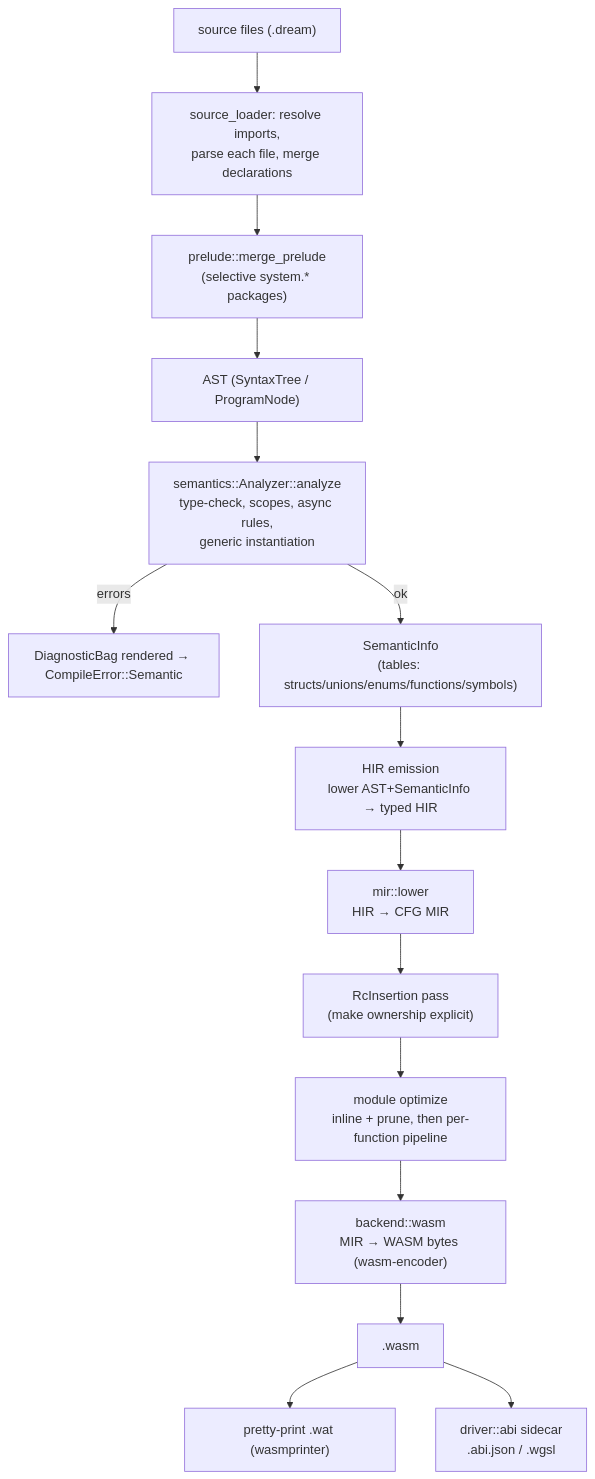
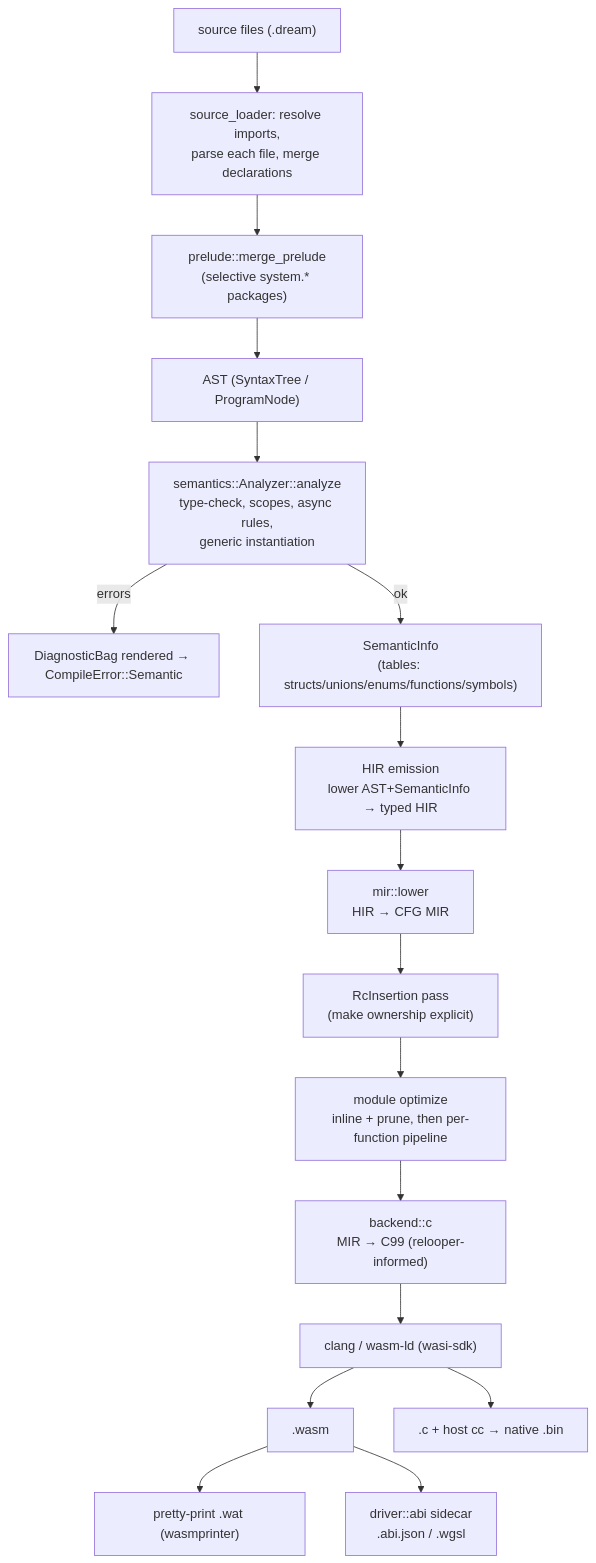
One commit to sps014/dream changed the first of 2 diagrams in docs/internals/01-pipeline-overview.md. Above: the diagram before and after it, drawn with Mermaid. The commit also changed other lines of this file and 105 other files, not shown here.

````diff
--- a/docs/internals/01-pipeline-overview.md
+++ b/docs/internals/01-pipeline-overview.md
@@ -7,21 +7,23 @@
 ```mermaid
 flowchart TD
     src["source files (.dream)"]
     src --> load["source_loader: resolve imports,\nparse each file, merge declarations"]
     load --> prelude["prelude::merge_prelude\n(selective system.* packages)"]
     prelude --> ast["AST (SyntaxTree / ProgramNode)"]
 
     ast --> analyze["semantics::Analyzer::analyze\ntype-check, scopes, async rules,\ngeneric instantiation"]
     analyze -->|errors| diag["DiagnosticBag rendered → CompileError::Semantic"]
     analyze -->|ok| info["SemanticInfo\n(tables: structs/unions/enums/functions/symbols)"]
 
     info --> hir["HIR emission\nlower AST+SemanticInfo → typed HIR"]
     hir --> mir["mir::lower\nHIR → CFG MIR"]
     mir --> rc["RcInsertion pass\n(make ownership explicit)"]
     rc --> opt["module optimize\ninline + prune, then per-function pipeline"]
-    opt --> emit["backend::wasm\nMIR → WASM bytes (wasm-encoder)"]
+    opt --> emit["backend::c\nMIR → C99 (relooper-informed)"]
 
-    emit --> wasm[".wasm"]
+    emit --> cc["clang / wasm-ld (wasi-sdk)"]
+    cc --> wasm[".wasm"]
+    cc --> nat[".c + host cc → native .bin"]
     wasm --> wat["pretty-print .wat (wasmprinter)"]
     wasm --> abi["driver::abi sidecar\n.abi.json / .wgsl"]
 ```
````
